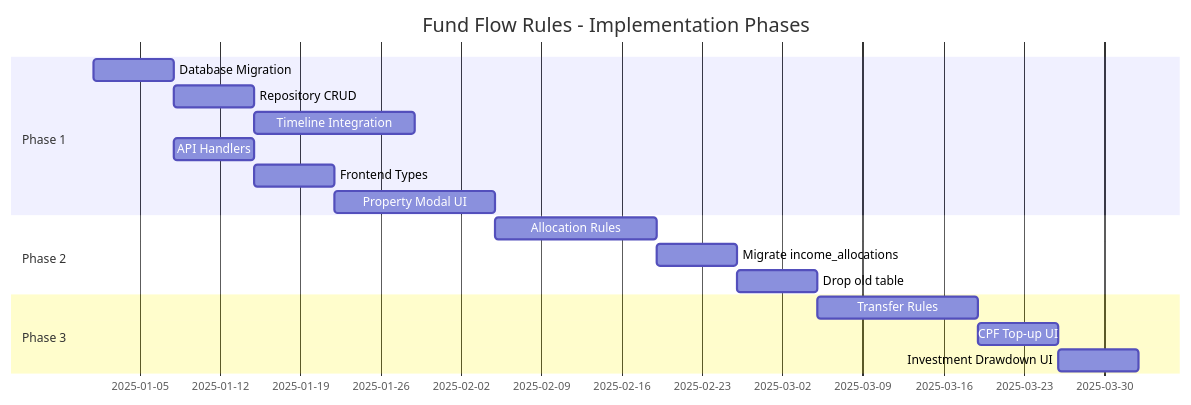
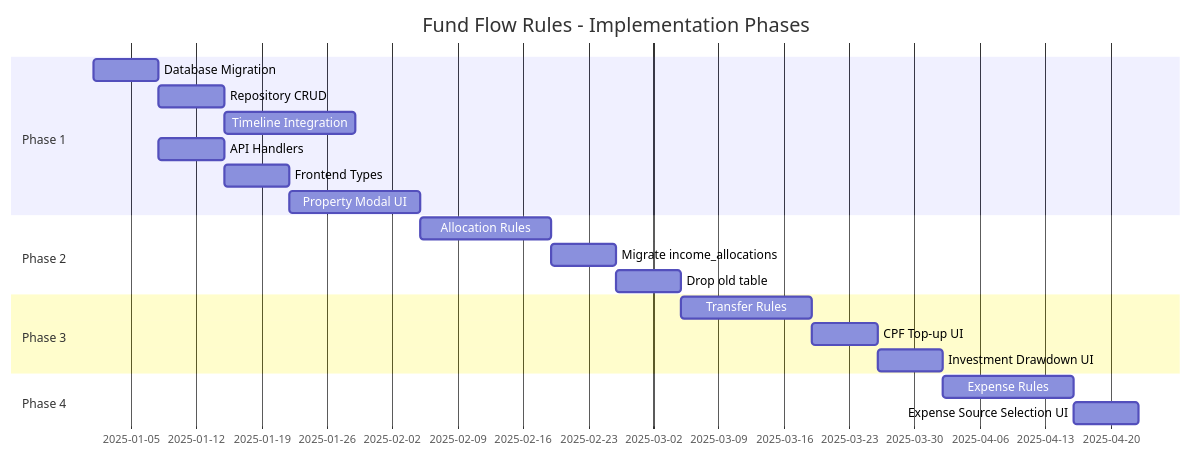
Before and after one commit to jcleow/wealthproject: the third of 11 diagrams in specs/fund-flow-rules.md, drawn with Mermaid. The commit also changed other lines of this file and 3 other files, not shown here.

First line of the commit message:
feat(fund-flow-rules): add Phase 4 expense rules spec and comprehensive tests

````diff
--- a/specs/fund-flow-rules.md
+++ b/specs/fund-flow-rules.md
@@ -98,20 +98,23 @@
 ```mermaid
 gantt
     title Fund Flow Rules - Implementation Phases
     dateFormat  YYYY-MM
     section Phase 1
     Database Migration           :p1a, 2025-01, 1w
     Repository CRUD              :p1b, after p1a, 1w
     Timeline Integration         :p1c, after p1b, 2w
     API Handlers                 :p1d, after p1a, 1w
     Frontend Types               :p1e, after p1d, 1w
     Property Modal UI            :p1f, after p1e, 2w
     section Phase 2
     Allocation Rules             :p2a, after p1f, 2w
     Migrate income_allocations   :p2b, after p2a, 1w
     Drop old table               :p2c, after p2b, 1w
     section Phase 3
     Transfer Rules               :p3a, after p2c, 2w
     CPF Top-up UI                :p3b, after p3a, 1w
     Investment Drawdown UI       :p3c, after p3b, 1w
+    section Phase 4
+    Expense Rules                :p4a, after p3c, 2w
+    Expense Source Selection UI  :p4b, after p4a, 1w
 ```
````
